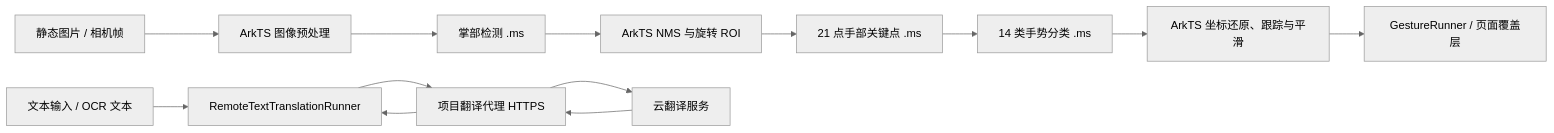
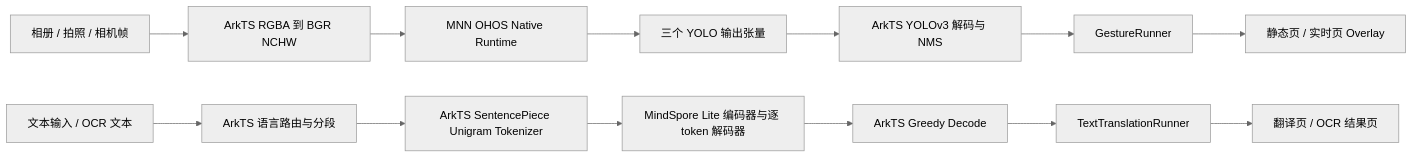
The diagram in docs/superpowers/specs/2026-07-13-hms-gesture-online-translation-parity-design.md (yuhao7370/Mindsopre_inhand_HarmonyOS), drawn with Mermaid (neutral theme) before and after one commit. The commit also changed other lines of this file, not shown here.

Commit message:
docs: define local gesture and translation parity

````diff
--- a/docs/superpowers/specs/2026-07-13-hms-gesture-online-translation-parity-design.md
+++ b/docs/superpowers/specs/2026-07-13-hms-gesture-online-translation-parity-design.md
@@ -46,15 +57,16 @@
 ```mermaid
 flowchart LR
-  A["静态图片 / 相机帧"] --> B["ArkTS 图像预处理"]
-  B --> C["掌部检测 .ms"]
-  C --> D["ArkTS NMS 与旋转 ROI"]
-  D --> E["21 点手部关键点 .ms"]
-  E --> F["14 类手势分类 .ms"]
-  F --> G["ArkTS 坐标还原、跟踪与平滑"]
-  G --> H["GestureRunner / 页面覆盖层"]
+  A[相册 / 拍照 / 相机帧] --> B[ArkTS RGBA 到 BGR NCHW]
+  B --> C[MNN OHOS Native Runtime]
+  C --> D[三个 YOLO 输出张量]
+  D --> E[ArkTS YOLOv3 解码与 NMS]
+  E --> F[GestureRunner]
+  F --> G[静态页 / 实时页 Overlay]
 
-  I["文本输入 / OCR 文本"] --> J["RemoteTextTranslationRunner"]
-  J --> K["项目翻译代理 HTTPS"]
-  K --> L["云翻译服务"]
-  L --> K --> J
+  H[文本输入 / OCR 文本] --> I[ArkTS 语言路由与分段]
+  I --> J[ArkTS SentencePiece Unigram Tokenizer]
+  J --> K[MindSpore Lite 编码器与逐 token 解码器]
+  K --> L[ArkTS Greedy Decode]
+  L --> M[TextTranslationRunner]
+  M --> N[翻译页 / OCR 结果页]
 ```
````
